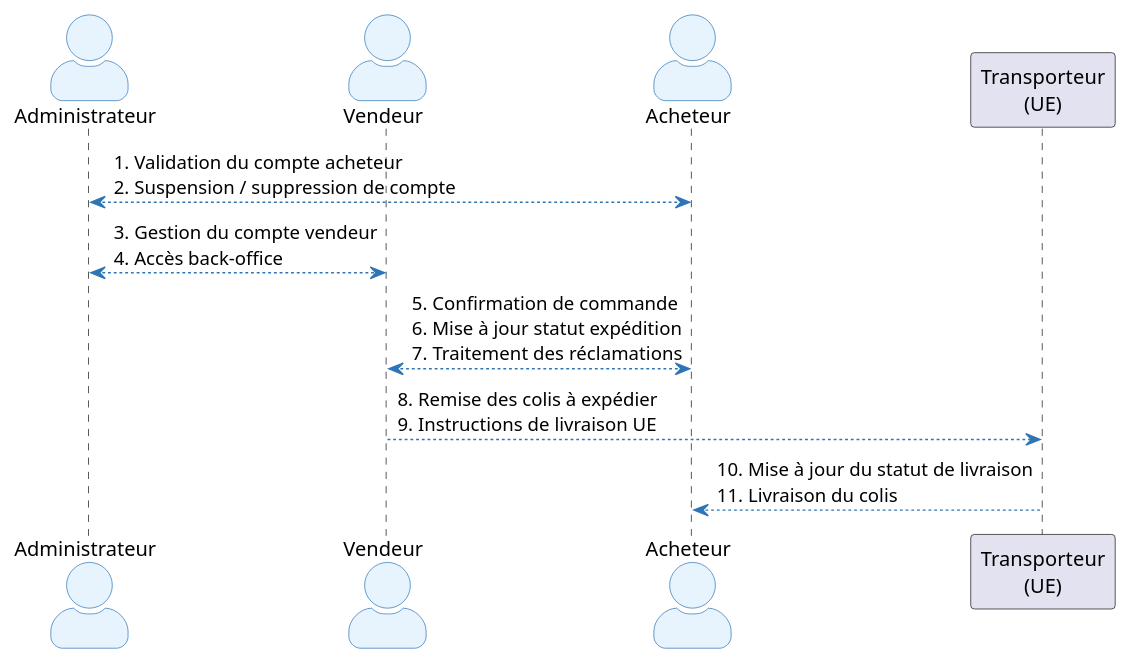
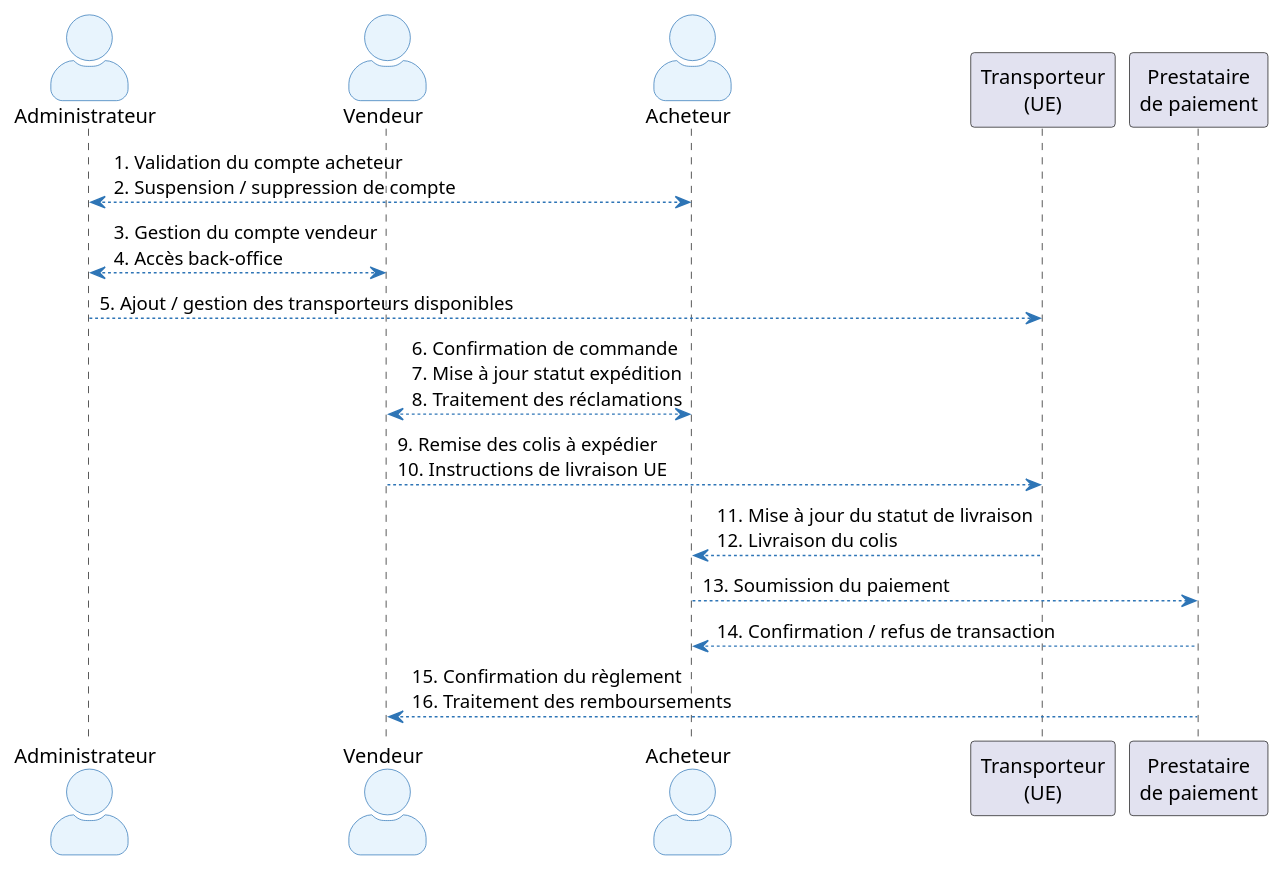
Before and after one commit to louistalvande/online_shop: the fourth of 4 diagrams in architecture.adoc, drawn with PlantUML. The commit also changed other lines of this file, not shown here.

First line of the commit message:
Enhance architecture documentation with payment details

```diff
--- a/architecture.adoc
+++ b/architecture.adoc
@@ -254,20 +338,25 @@
 [plantuml, oa-communication, svg]
 ----
 skinparam actorStyle awesome
 skinparam actorBackgroundColor #E8F4FD
 skinparam actorBorderColor #2E75B6
 skinparam arrowColor #2E75B6
 skinparam noteBackgroundColor #FFFBE6
 skinparam noteBorderColor #F0A500
 
 actor Administrateur as Admin
 actor Vendeur as Vendor
 actor Acheteur as Buyer
 participant "Transporteur\n(UE)" as Carrier
+participant "Prestataire\nde paiement" as Payment
 
 Admin <--> Buyer : 1. Validation du compte acheteur\n2. Suspension / suppression de compte
 Admin <--> Vendor : 3. Gestion du compte vendeur\n4. Accès back-office
-Vendor <--> Buyer : 5. Confirmation de commande\n6. Mise à jour statut expédition\n7. Traitement des réclamations
-Vendor --> Carrier : 8. Remise des colis à expédier\n9. Instructions de livraison UE
-Carrier --> Buyer : 10. Mise à jour du statut de livraison\n11. Livraison du colis
+Admin --> Carrier : 5. Ajout / gestion des transporteurs disponibles
+Vendor <--> Buyer : 6. Confirmation de commande\n7. Mise à jour statut expédition\n8. Traitement des réclamations
+Vendor --> Carrier : 9. Remise des colis à expédier\n10. Instructions de livraison UE
+Carrier --> Buyer : 11. Mise à jour du statut de livraison\n12. Livraison du colis
+Buyer --> Payment : 13. Soumission du paiement
+Payment --> Buyer : 14. Confirmation / refus de transaction
+Payment --> Vendor : 15. Confirmation du règlement\n16. Traitement des remboursements
 ----
```
